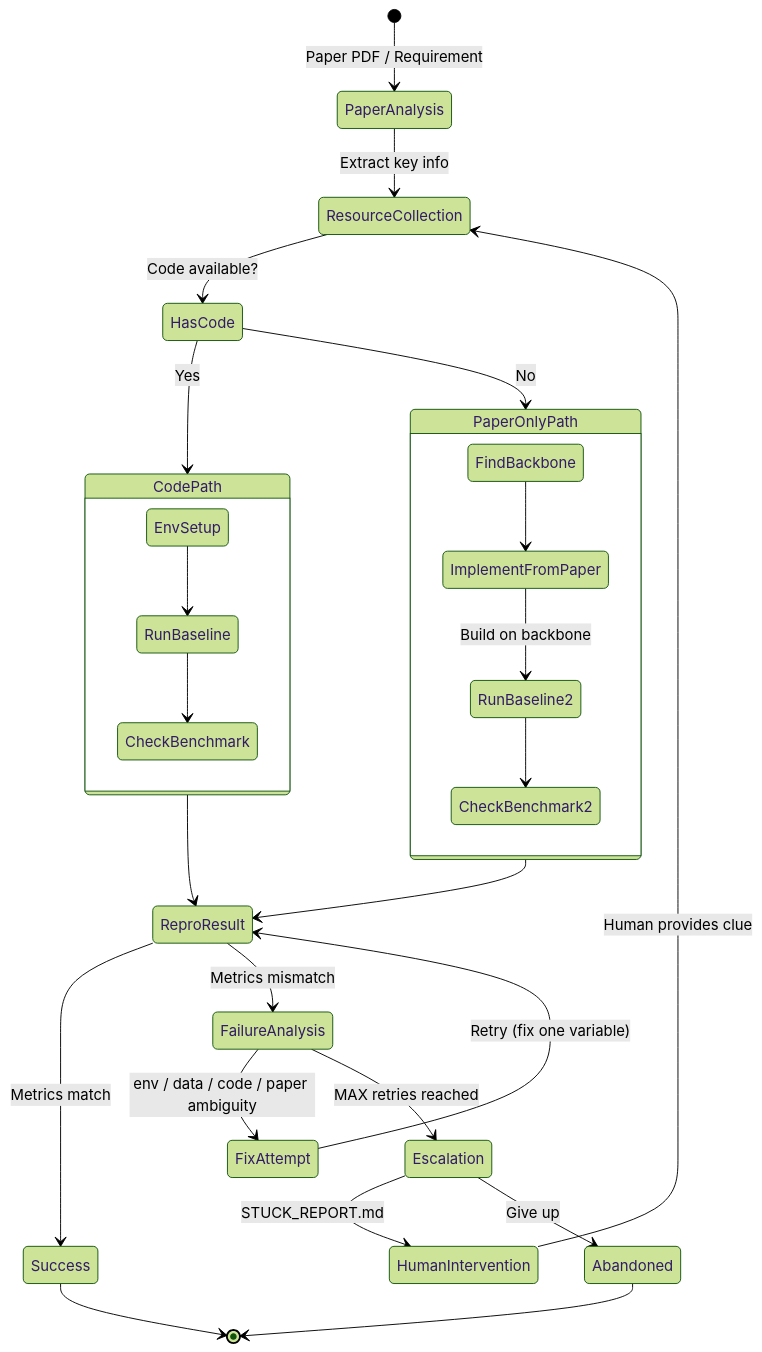
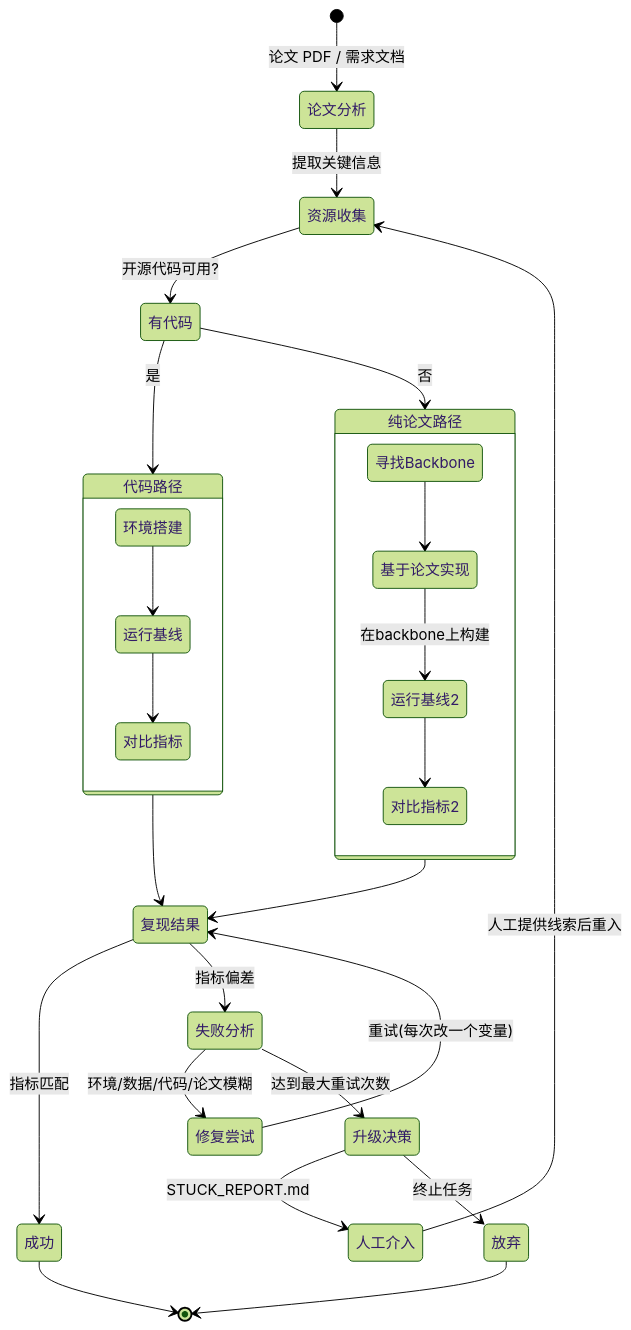
The second of 2 diagrams in README.md (ikou-austin/AUCTOR), drawn with Mermaid (forest theme) before and after one commit. The commit also changed other lines of this file, not shown here.

Commit message:
docs: localize Mermaid diagrams in Chinese README
Translate pipeline overview and state machine labels to Chinese
so each README has language-consistent diagrams.

Made-with: Cursor

````diff
--- a/README.md
+++ b/README.md
@@ -21,37 +21,37 @@
 ```mermaid
 stateDiagram-v2
-  [*] --> PaperAnalysis: Paper PDF / Requirement
-  PaperAnalysis --> ResourceCollection: Extract key info
+  [*] --> 论文分析: 论文 PDF / 需求文档
+  论文分析 --> 资源收集: 提取关键信息
 
-  ResourceCollection --> HasCode: Code available?
-  HasCode --> CodePath: Yes
-  HasCode --> PaperOnlyPath: No
+  资源收集 --> 有代码: 开源代码可用?
+  有代码 --> 代码路径: 是
+  有代码 --> 纯论文路径: 否
 
-  state CodePath {
-    EnvSetup --> RunBaseline
-    RunBaseline --> CheckBenchmark
+  state 代码路径 {
+    环境搭建 --> 运行基线
+    运行基线 --> 对比指标
   }
 
-  state PaperOnlyPath {
-    FindBackbone --> ImplementFromPaper
-    ImplementFromPaper --> RunBaseline2: Build on backbone
-    RunBaseline2 --> CheckBenchmark2
+  state 纯论文路径 {
+    寻找Backbone --> 基于论文实现
+    基于论文实现 --> 运行基线2: 在backbone上构建
+    运行基线2 --> 对比指标2
   }
 
-  CodePath --> ReproResult
-  PaperOnlyPath --> ReproResult
+  代码路径 --> 复现结果
+  纯论文路径 --> 复现结果
 
-  ReproResult --> Success: Metrics match
-  ReproResult --> FailureAnalysis: Metrics mismatch
+  复现结果 --> 成功: 指标匹配
+  复现结果 --> 失败分析: 指标偏差
 
-  FailureAnalysis --> FixAttempt: env / data / code / paper ambiguity
-  FixAttempt --> ReproResult: Retry (fix one variable)
+  失败分析 --> 修复尝试: 环境/数据/代码/论文模糊
+  修复尝试 --> 复现结果: 重试(每次改一个变量)
 
-  FailureAnalysis --> Escalation: MAX retries reached
-  Escalation --> HumanIntervention: STUCK_REPORT.md
-  Escalation --> Abandoned: Give up
+  失败分析 --> 升级决策: 达到最大重试次数
+  升级决策 --> 人工介入: STUCK_REPORT.md
+  升级决策 --> 放弃: 终止任务
 
-  Success --> [*]
-  HumanIntervention --> ResourceCollection: Human provides clue
-  Abandoned --> [*]
+  成功 --> [*]
+  人工介入 --> 资源收集: 人工提供线索后重入
+  放弃 --> [*]
 ```
````
